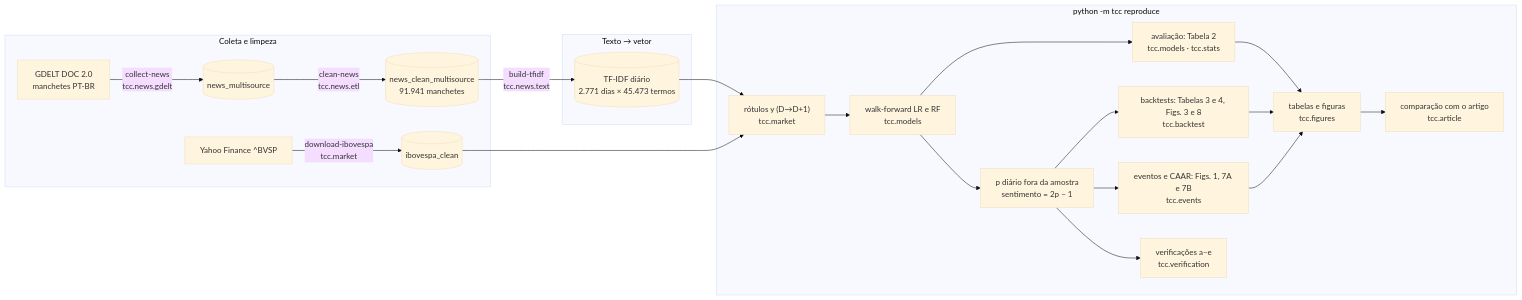
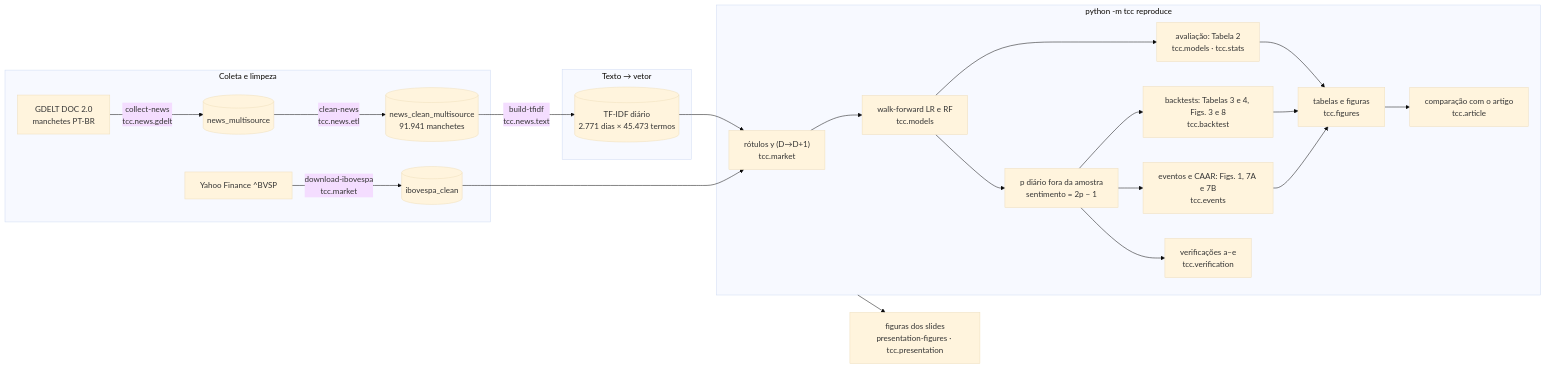
The diagram in README.md (AndersonPM15/tcc-usp-ibovespa-sentimento), drawn with Mermaid (base theme) before and after one commit. The commit also changed other lines of this file and 61 other files, not shown here.

````diff
--- a/README.md
+++ b/README.md
@@ -39,25 +40,26 @@
 ```mermaid
 flowchart LR
     subgraph coleta["Coleta e limpeza"]
         A["GDELT DOC 2.0<br/>manchetes PT-BR"] -->|"collect-news<br/>tcc.news.gdelt"| B[("news_multisource")]
         B -->|"clean-news<br/>tcc.news.etl"| C[("news_clean_multisource<br/>91.941 manchetes")]
         Y["Yahoo Finance ^BVSP"] -->|"download-ibovespa<br/>tcc.market"| I[("ibovespa_clean")]
     end
     subgraph texto["Texto → vetor"]
         C -->|"build-tfidf<br/>tcc.news.text"| T[("TF-IDF diário<br/>2.771 dias × 45.473 termos")]
     end
     subgraph reproduce["python -m tcc reproduce"]
         T --> L["rótulos y (D→D+1)<br/>tcc.market"]
         I --> L
         L --> M["walk-forward LR e RF<br/>tcc.models"]
         M --> E["avaliação: Tabela 2<br/>tcc.models · tcc.stats"]
         M --> P["p diário fora da amostra<br/>sentimento = 2p − 1"]
         P --> BT["backtests: Tabelas 3 e 4, Figs. 3 e 8<br/>tcc.backtest"]
         P --> EV["eventos e CAAR: Figs. 1, 7A e 7B<br/>tcc.events"]
         P --> V["verificações a–e<br/>tcc.verification"]
         BT --> F["tabelas e figuras<br/>tcc.figures"]
         EV --> F
         E --> F
         F --> CK["comparação com o artigo<br/>tcc.article"]
     end
+    reproduce --> AP["figuras dos slides<br/>presentation-figures · tcc.presentation"]
 ```
````
